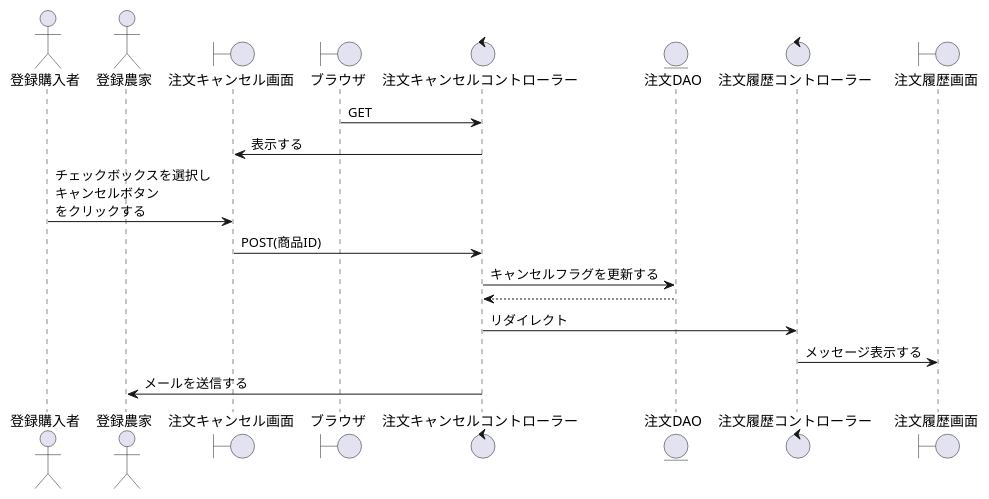
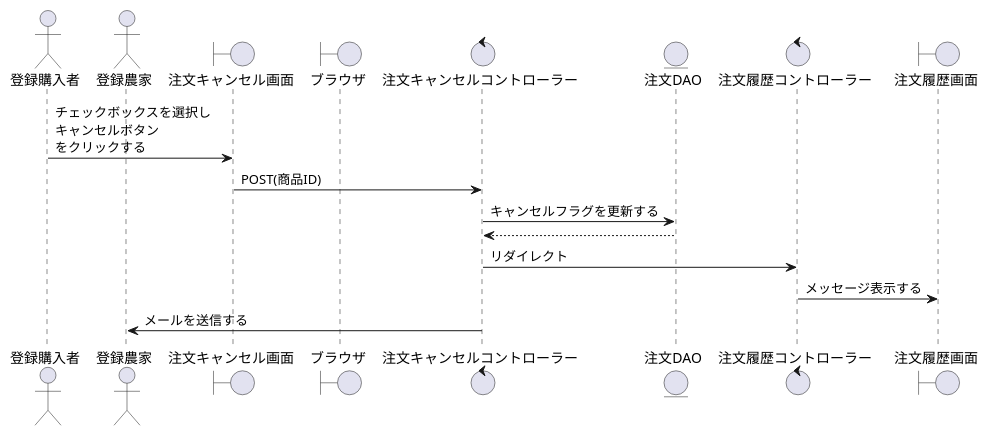
The diagram in PJ_シーケンス/購入者/注文キャンセル.wsd (SK-B-S/PJ), drawn with PlantUML before and after one commit. The commit also changed 1 other file, not shown here.

```diff
--- a/PJ_シーケンス/購入者/注文キャンセル.wsd
+++ b/PJ_シーケンス/購入者/注文キャンセル.wsd
@@ -1,22 +1,20 @@
 @startuml 注文キャンセル
 
 actor "登録購入者" as account
 actor "登録農家" as f
 boundary "注文キャンセル画面" as delete_product
 boundary "ブラウザ" as brz
 control  "注文キャンセルコントローラー" as history_c
 entity   "注文DAO" as history_db
 control  "注文履歴コントローラー" as completion_c
 boundary "注文履歴画面" as ccc
 
 '-------------------------------------------------------------------------
-brz -> history_c : GET
-history_c -> delete_product : 表示する
 account -> delete_product : チェックボックスを選択し\nキャンセルボタン\nをクリックする
 delete_product -> history_c : POST(商品ID)
 history_c -> history_db : キャンセルフラグを更新する
 history_c <-- history_db
 history_c -> completion_c : リダイレクト
 completion_c -> ccc : メッセージ表示する
 history_c -> f : メールを送信する
 @enduml
```
